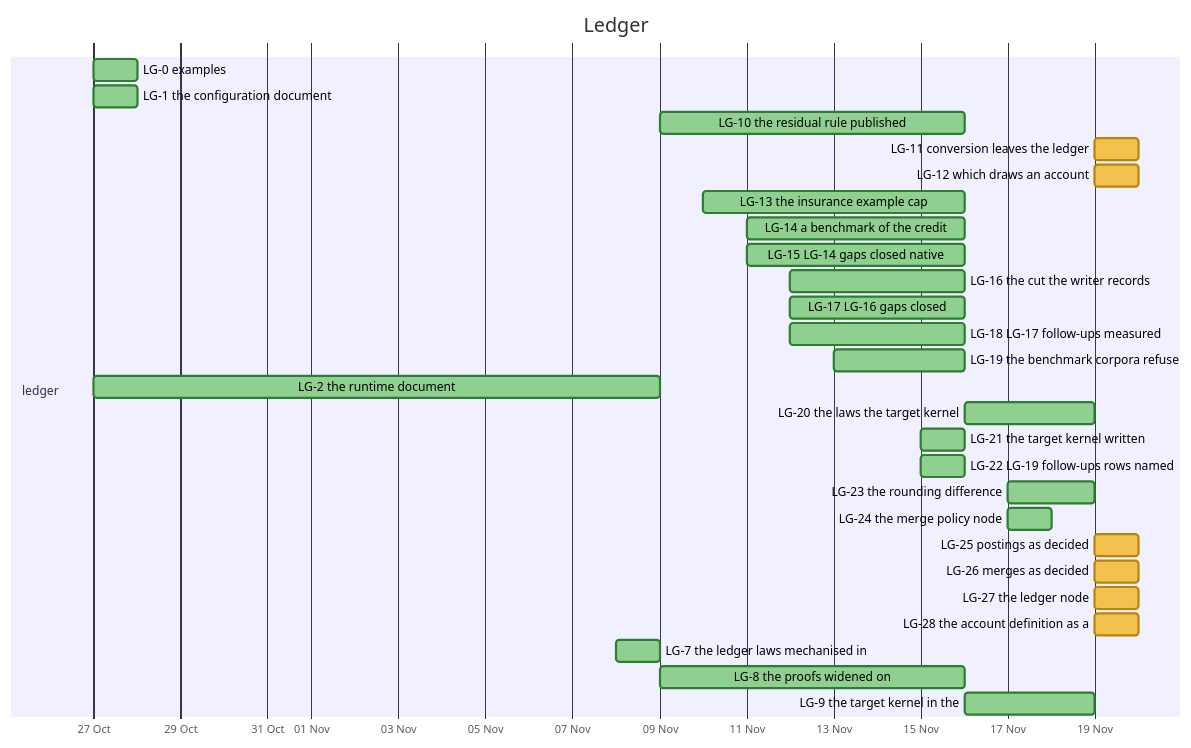
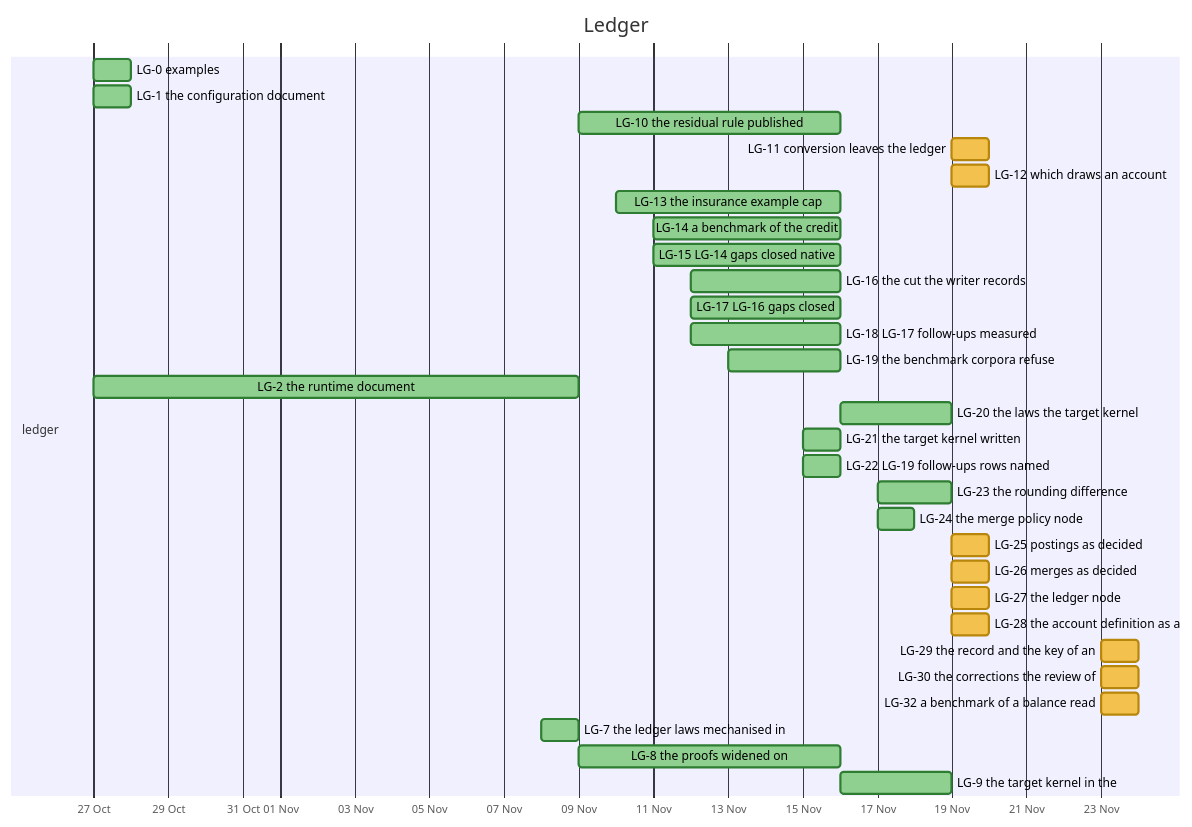
The tenth of 32 diagrams in docs/developer/ROADMAP.md (nebularis/lattice), drawn with Mermaid before and after one commit. The commit also changed other lines of this file, not shown here.

First line of the commit message:
[studio-visual-authoring] Refresh the roadmap's generated sections after SVA-S2a

````diff
--- a/docs/developer/ROADMAP.md
+++ b/docs/developer/ROADMAP.md
@@ -337,33 +337,36 @@
 ```mermaid
 %%{init: {"themeVariables": {"taskBkgColor": "#f2c14e", "taskBorderColor": "#b8860b", "taskTextColor": "#000000", "activeTaskBkgColor": "#4e9af1", "activeTaskBorderColor": "#1f5fbf", "activeTaskBorderColor": "#1f5fbf", "doneTaskBkgColor": "#8fcf8f", "doneTaskBorderColor": "#2f7d32", "critBkgColor": "#f28b82", "critBorderColor": "#b23a30", "taskTextDarkColor": "#000000", "taskTextLightColor": "#000000"}}}%%
 gantt
     title Ledger
     dateFormat YYYY-MM-DD
     axisFormat %d %b
     section ledger
     LG-0 examples :done, lg0, 2026-10-27, 2026-10-28
     LG-1 the configuration document :done, lg1, 2026-10-27, 2026-10-28
     LG-10 the residual rule published :done, lg10, 2026-11-09, 2026-11-16
     LG-11 conversion leaves the ledger :lg11, 2026-11-19, 2026-11-20
     LG-12 which draws an account :lg12, 2026-11-19, 2026-11-20
     LG-13 the insurance example cap :done, lg13, 2026-11-10, 2026-11-16
     LG-14 a benchmark of the credit :done, lg14, 2026-11-11, 2026-11-16
     LG-15 LG-14 gaps closed native :done, lg15, 2026-11-11, 2026-11-16
     LG-16 the cut the writer records :done, lg16, 2026-11-12, 2026-11-16
     LG-17 LG-16 gaps closed :done, lg17, 2026-11-12, 2026-11-16
     LG-18 LG-17 follow-ups measured :done, lg18, 2026-11-12, 2026-11-16
     LG-19 the benchmark corpora refuse :done, lg19, 2026-11-13, 2026-11-16
     LG-2 the runtime document :done, lg2, 2026-10-27, 2026-11-09
     LG-20 the laws the target kernel :done, lg20, 2026-11-16, 2026-11-19
     LG-21 the target kernel written :done, lg21, 2026-11-15, 2026-11-16
     LG-22 LG-19 follow-ups rows named :done, lg22, 2026-11-15, 2026-11-16
     LG-23 the rounding difference :done, lg23, 2026-11-17, 2026-11-19
     LG-24 the merge policy node :done, lg24, 2026-11-17, 2026-11-18
     LG-25 postings as decided :lg25, 2026-11-19, 2026-11-20
     LG-26 merges as decided :lg26, 2026-11-19, 2026-11-20
     LG-27 the ledger node :lg27, 2026-11-19, 2026-11-20
     LG-28 the account definition as a :lg28, 2026-11-19, 2026-11-20
+    LG-29 the record and the key of an :lg29, 2026-11-23, 2026-11-24
+    LG-30 the corrections the review of :lg30, 2026-11-23, 2026-11-24
+    LG-32 a benchmark of a balance read :lg32, 2026-11-23, 2026-11-24
     LG-7 the ledger laws mechanised in :done, lg7, 2026-11-08, 2026-11-09
     LG-8 the proofs widened on :done, lg8, 2026-11-09, 2026-11-16
     LG-9 the target kernel in the :done, lg9, 2026-11-16, 2026-11-19
 ```
````
